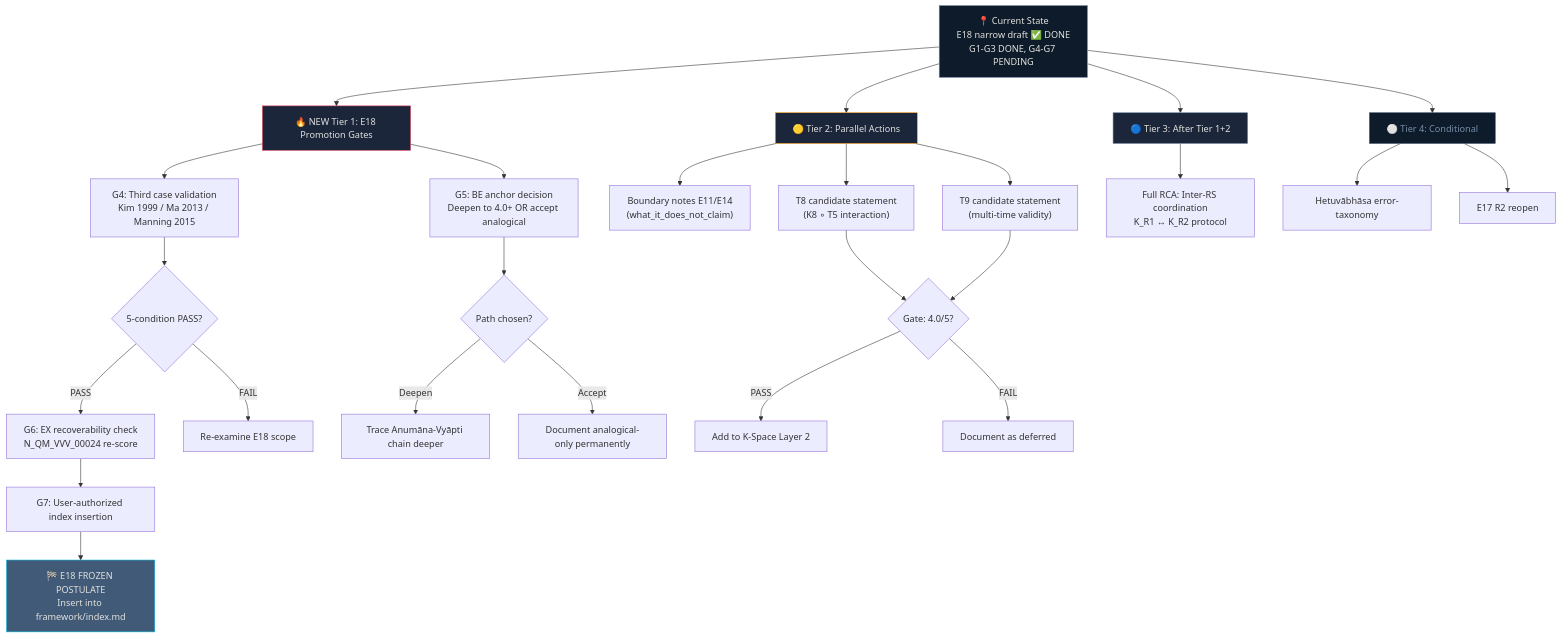
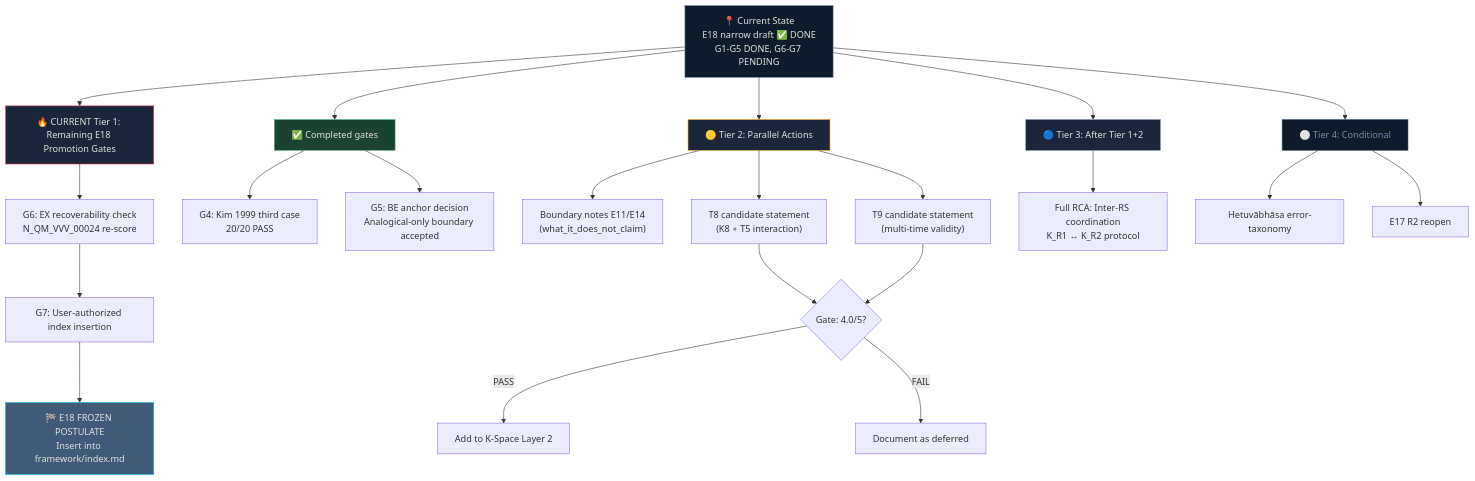
One commit to AIhugART/VVV-QMRF-VietVunVut-Quantum-Measurement-Registration-Framework changed the diagram in documents/research_documents/archives/review/rca_progress_report_v2.md. Above: the diagram before and after it, drawn with Mermaid. The commit also changed other lines of this file and 3 other files, not shown here.

First line of the commit message:
docs: close E18 G5 with analogical-only BE anchor

````diff
--- a/documents/research_documents/archives/review/rca_progress_report_v2.md
+++ b/documents/research_documents/archives/review/rca_progress_report_v2.md
@@ -193,43 +193,38 @@
 ```mermaid
 graph TD
-    START["📍 Current State<br/>E18 narrow draft ✅ DONE<br/>G1-G3 DONE, G4-G7 PENDING"]
+    START["📍 Current State<br/>E18 narrow draft ✅ DONE<br/>G1-G5 DONE, G6-G7 PENDING"]
     
-    START --> T1["🔥 NEW Tier 1: E18 Promotion Gates"]
-    T1 --> G4["G4: Third case validation<br/>Kim 1999 / Ma 2013 / Manning 2015"]
-    T1 --> G5["G5: BE anchor decision<br/>Deepen to 4.0+ OR accept analogical"]
-    
-    G4 --> G4r{"5-condition PASS?"}
-    G4r -->|PASS| G6["G6: EX recoverability check<br/>N_QM_VVV_00024 re-score"]
-    G4r -->|FAIL| G4f["Re-examine E18 scope"]
-    
-    G5 --> G5r{"Path chosen?"}
-    G5r -->|Deepen| G5a["Trace Anumāna-Vyāpti chain deeper"]
-    G5r -->|Accept| G5b["Document analogical-only permanently"]
-    
+    START --> T1["🔥 CURRENT Tier 1: Remaining E18 Promotion Gates"]
+    T1 --> G6["G6: EX recoverability check<br/>N_QM_VVV_00024 re-score"]
     G6 --> G7["G7: User-authorized index insertion"]
     G7 --> FREEZE["🏁 E18 FROZEN POSTULATE<br/>Insert into framework/index.md"]
+    
+    START --> DONE["✅ Completed gates"]
+    DONE --> G4["G4: Kim 1999 third case<br/>20/20 PASS"]
+    DONE --> G5["G5: BE anchor decision<br/>Analogical-only boundary accepted"]
     
     START --> T2["🟡 Tier 2: Parallel Actions"]
     T2 --> T2a["Boundary notes E11/E14<br/>(what_it_does_not_claim)"]
     T2 --> T2b["T8 candidate statement<br/>(K8 ∘ T5 interaction)"]
     T2 --> T2c["T9 candidate statement<br/>(multi-time validity)"]
     
     T2b --> T2gate{"Gate: 4.0/5?"}
     T2c --> T2gate
     T2gate -->|PASS| T2d["Add to K-Space Layer 2"]
     T2gate -->|FAIL| T2e["Document as deferred"]
     
     START --> T3["🔵 Tier 3: After Tier 1+2"]
     T3 --> T3a["Full RCA: Inter-RS coordination<br/>K_R1 ↔ K_R2 protocol"]
     
     START --> T4["⚪ Tier 4: Conditional"]
     T4 --> T4a["Hetuvābhāsa error-taxonomy"]
     T4 --> T4b["E17 R2 reopen"]
     
     style START fill:#0d1b2a,color:#e0e1dd,stroke:#778da9
     style T1 fill:#1b263b,color:#e0e1dd,stroke:#e94560
     style FREEZE fill:#415a77,color:#e0e1dd,stroke:#00b4d8
+    style DONE fill:#1b4332,color:#e0e1dd,stroke:#52b788
     style T2 fill:#1b263b,color:#e0e1dd,stroke:#fca311
     style T3 fill:#1b263b,color:#e0e1dd,stroke:#778da9
     style T4 fill:#0d1b2a,color:#778da9,stroke:#415a77
 ```
````
